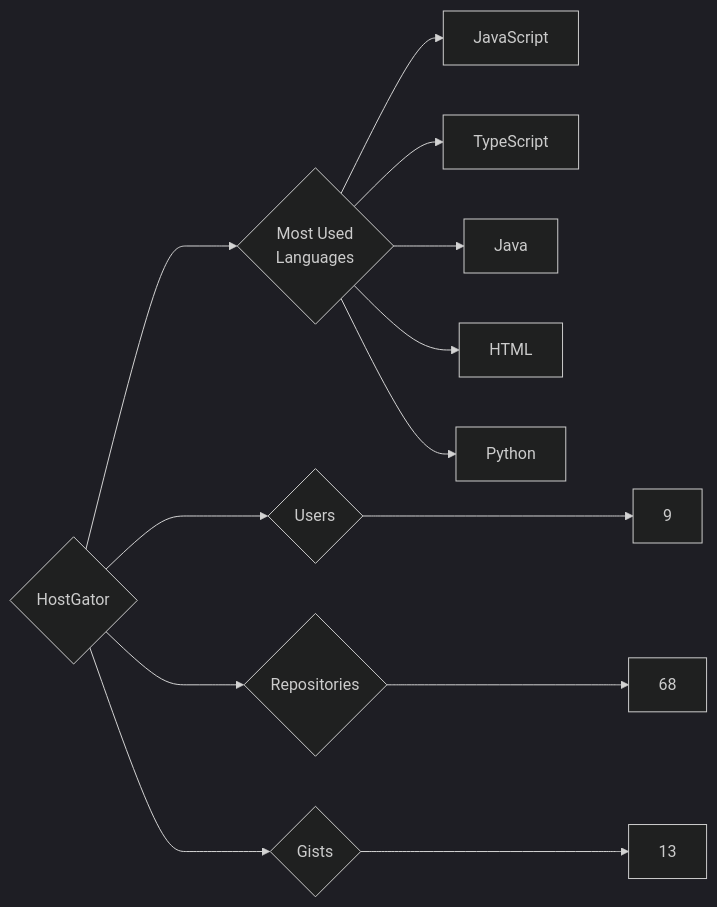
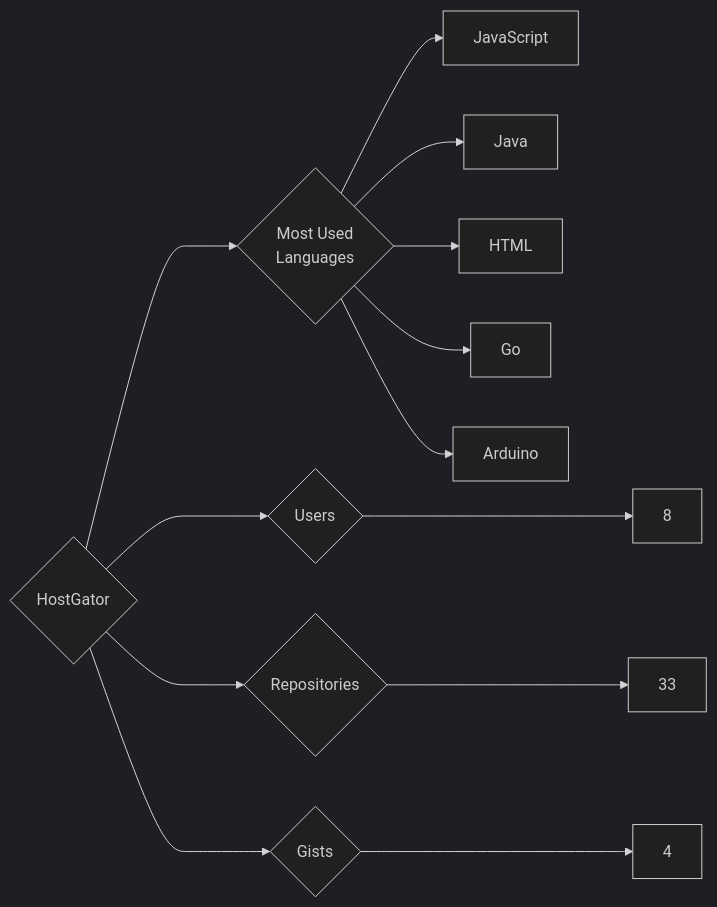
The diagram in targets/HostGator/README.md (trickest/insiders), drawn with Mermaid (dark theme) before and after one commit. The commit also changed 857 other files, not shown here.

````diff
--- a/targets/HostGator/README.md
+++ b/targets/HostGator/README.md
@@ -3,13 +3,13 @@
 ```mermaid
 graph LR
 COMPANY_NAME{HostGator}
-COMPANY_NAME ---> U{Users} ---> UN[9]
-COMPANY_NAME ---> R{Repositories} ---> RN[68]
-COMPANY_NAME ---> G{Gists} ---> GN[13]
+COMPANY_NAME ---> U{Users} ---> UN[8]
+COMPANY_NAME ---> R{Repositories} ---> RN[33]
+COMPANY_NAME ---> G{Gists} ---> GN[4]
 COMPANY_NAME ---> ML{Most Used<br>Languages}
 ML --> JavaScript[JavaScript]
-ML --> TypeScript[TypeScript]
 ML --> Java[Java]
 ML --> HTML[HTML]
-ML --> Python[Python]
+ML --> Go[Go]
+ML --> Arduino[Arduino]
 ```
````
